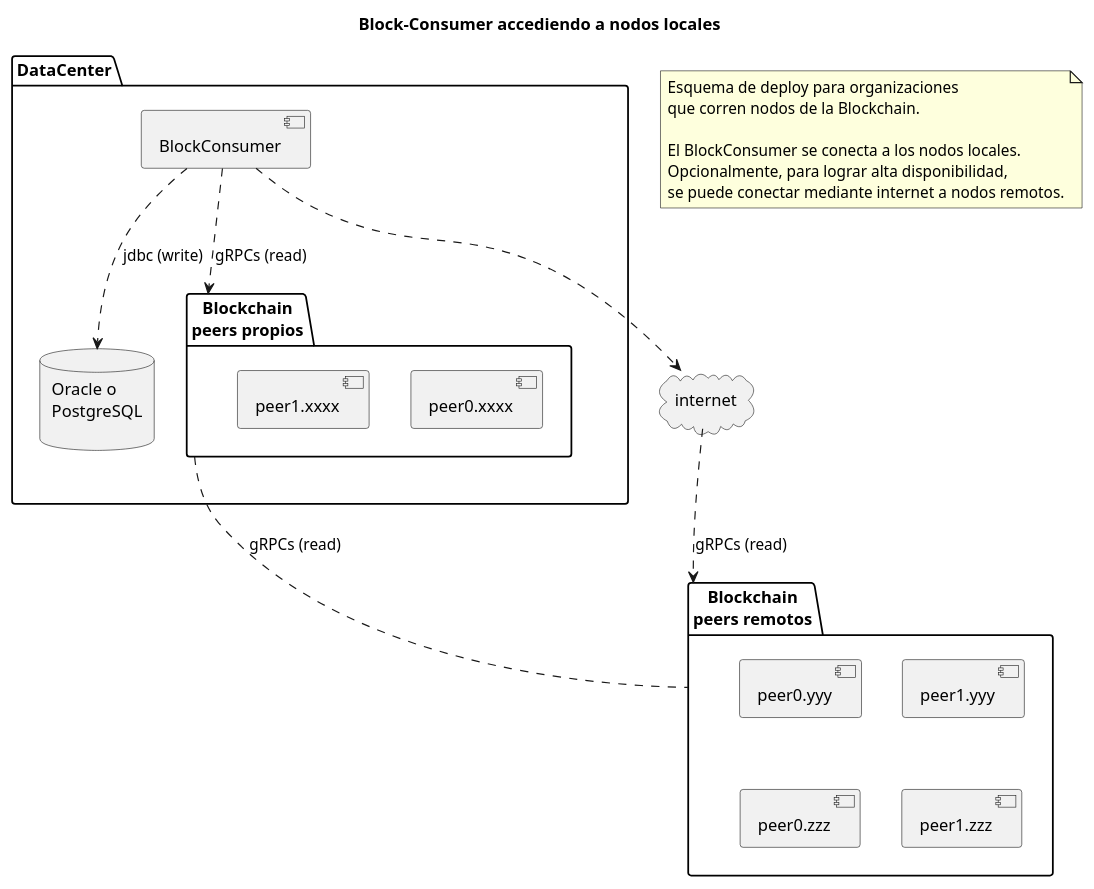
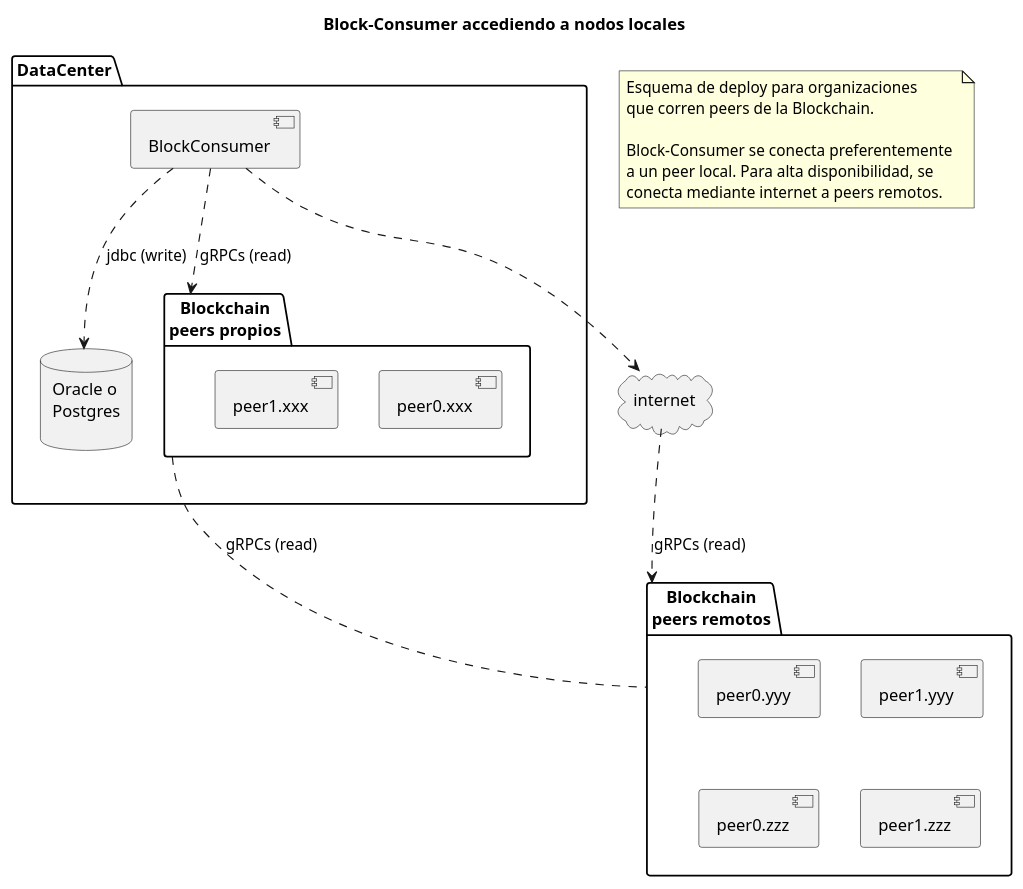
The diagram in applications/block-consumer/images/deploy-accediendo-a-nodos-locales.plantuml (padfed/padfed-doc), drawn with PlantUML before and after one commit. The commit also changed 7 other files, not shown here.

Commit message:
Nuevo diagrama de red Correcciones en el README de hlf-proxy

```diff
--- a/applications/block-consumer/images/deploy-accediendo-a-nodos-locales.plantuml
+++ b/applications/block-consumer/images/deploy-accediendo-a-nodos-locales.plantuml
@@ -1,40 +1,40 @@
-@startuml
+@startuml deploy-accediendo-a-nodos-locales
 
 title Block-Consumer accediendo a nodos locales
 
 note as N1
 Esquema de deploy para organizaciones 
-que corren nodos de la Blockchain.
+que corren peers de la Blockchain.
 
-El BlockConsumer se conecta a los nodos locales.
-Opcionalmente, para lograr alta disponibilidad,
-se puede conectar mediante internet a nodos remotos.
+Block-Consumer se conecta preferentemente 
+a un peer local. Para alta disponibilidad, se 
+conecta mediante internet a peers remotos.
 end note
 
 package "Blockchain\npeers remotos" as remotos {
     [peer0.yyy]
     [peer1.yyy]
     [peer0.zzz]
     [peer1.zzz]
 } 
 
 package DataCenter {
     component [BlockConsumer] 
-    database "Oracle o\nPostgreSQL\n" as db
+    database "Oracle o\nPostgres\n" as db
     package "Blockchain\npeers propios" as locales {
-    [peer0.xxxx]
-    [peer1.xxxx]
+    [peer0.xxx]
+    [peer1.xxx]
 } 
 } 
 
 cloud internet
 
 BlockConsumer ..> locales : gRPCs (read)
 BlockConsumer ..> internet 
 BlockConsumer ..> db : jdbc (write)
 internet ..> remotos : gRPCs (read)
 locales .. remotos : gRPCs (read)
 
 DataCenter -[hidden]left- remotos
 
 @enduml
```
